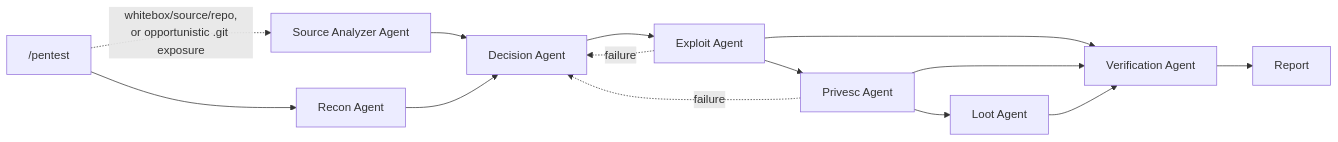
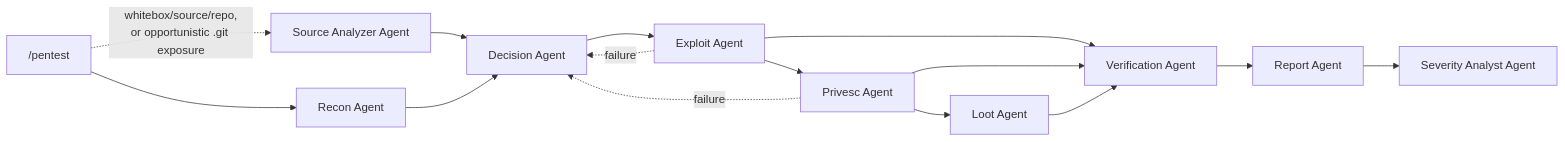
One commit to goldenapplestudios/Clicky changed the diagram in README.md. Above: the diagram before and after it, drawn with Mermaid. The commit also changed other lines of this file and 9 other files, not shown here.

First line of the commit message:
Document severity-analyst-agent; update agent-count references (9 -> 10)

````diff
--- a/README.md
+++ b/README.md
@@ -13,17 +13,18 @@
 ```mermaid
 flowchart LR
     A["/pentest"] --> B[Recon Agent]
     A -.->|whitebox/source/repo,<br/>or opportunistic .git exposure| S[Source Analyzer Agent]
     S --> C[Decision Agent]
     B --> C
     C --> D[Exploit Agent]
     D --> E[Privesc Agent]
     E --> F[Loot Agent]
     D --> V[Verification Agent]
     E --> V
     F --> V
-    V --> G[Report]
+    V --> G[Report Agent]
+    G --> Z[Severity Analyst Agent]
 
     D -.->|failure| C
     E -.->|failure| C
 ```
````
